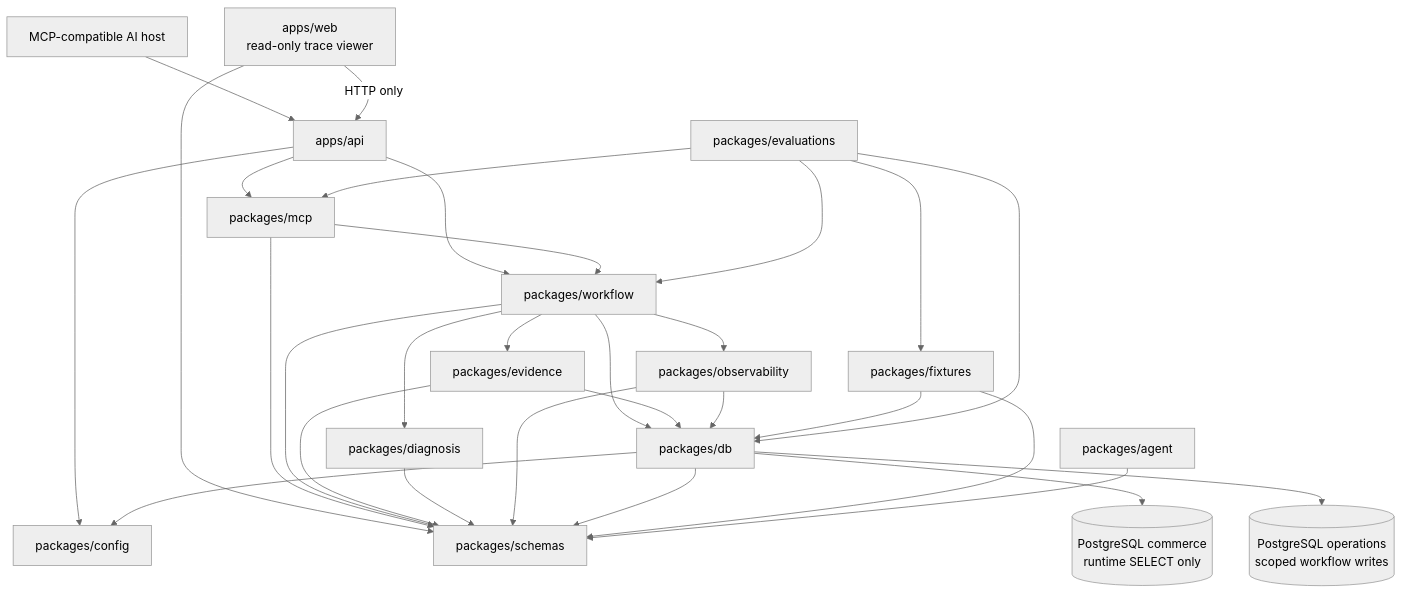
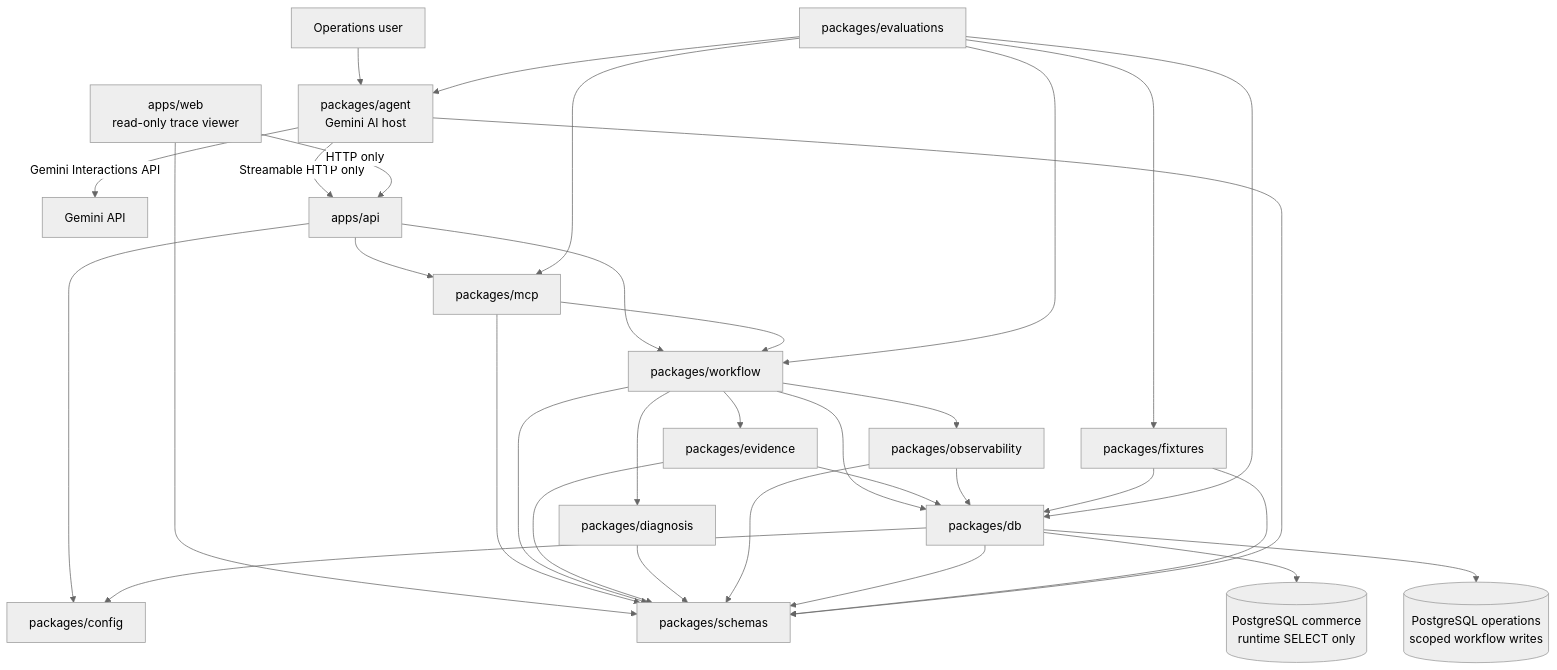
The diagram in docs/architecture/package-graph.md (RitikaxG/commerce-ops-mcp), drawn with Mermaid (neutral theme) before and after one commit. The commit also changed other lines of this file, not shown here.

Commit message:
docs(architecture): add the Gemini host boundary

````diff
--- a/docs/architecture/package-graph.md
+++ b/docs/architecture/package-graph.md
@@ -9,39 +9,43 @@
 ```mermaid
 flowchart TD
-  Host["MCP-compatible AI host"] --> API["apps/api"]
+  User["Operations user"] --> Agent["packages/agent<br/>Gemini AI host"]
+  Agent -->|Gemini Interactions API| Gemini["Gemini API"]
+  Agent -->|Streamable HTTP only| API["apps/api"]
+
   Web["apps/web<br/>read-only trace viewer"] -->|HTTP only| API
   Web --> Schemas
 
   API --> Config["packages/config"]
   API --> MCP["packages/mcp"]
   API --> Workflow["packages/workflow"]
 
   MCP --> Schemas["packages/schemas"]
   MCP --> Workflow
 
   Workflow --> Schemas
   Workflow --> DB["packages/db"]
   Workflow --> Evidence["packages/evidence"]
   Workflow --> Diagnosis["packages/diagnosis"]
   Workflow --> Obs["packages/observability"]
 
   Evidence --> Schemas
   Evidence --> DB
   Diagnosis --> Schemas
   Obs --> Schemas
   Obs --> DB
   DB --> Config
   DB --> Schemas
 
   Fixtures["packages/fixtures"] --> Schemas
   Fixtures --> DB
-  Agent["packages/agent"] --> Schemas
+  Agent --> Schemas
 
-  Evaluations["packages/evaluations"] --> Fixtures
+  Evaluations["packages/evaluations"] --> Agent
+  Evaluations --> Fixtures
   Evaluations --> MCP
   Evaluations --> Workflow
   Evaluations --> DB
 
   DB --> Commerce[("PostgreSQL commerce<br/>runtime SELECT only")]
   DB --> Operations[("PostgreSQL operations<br/>scoped workflow writes")]
 ```
````
